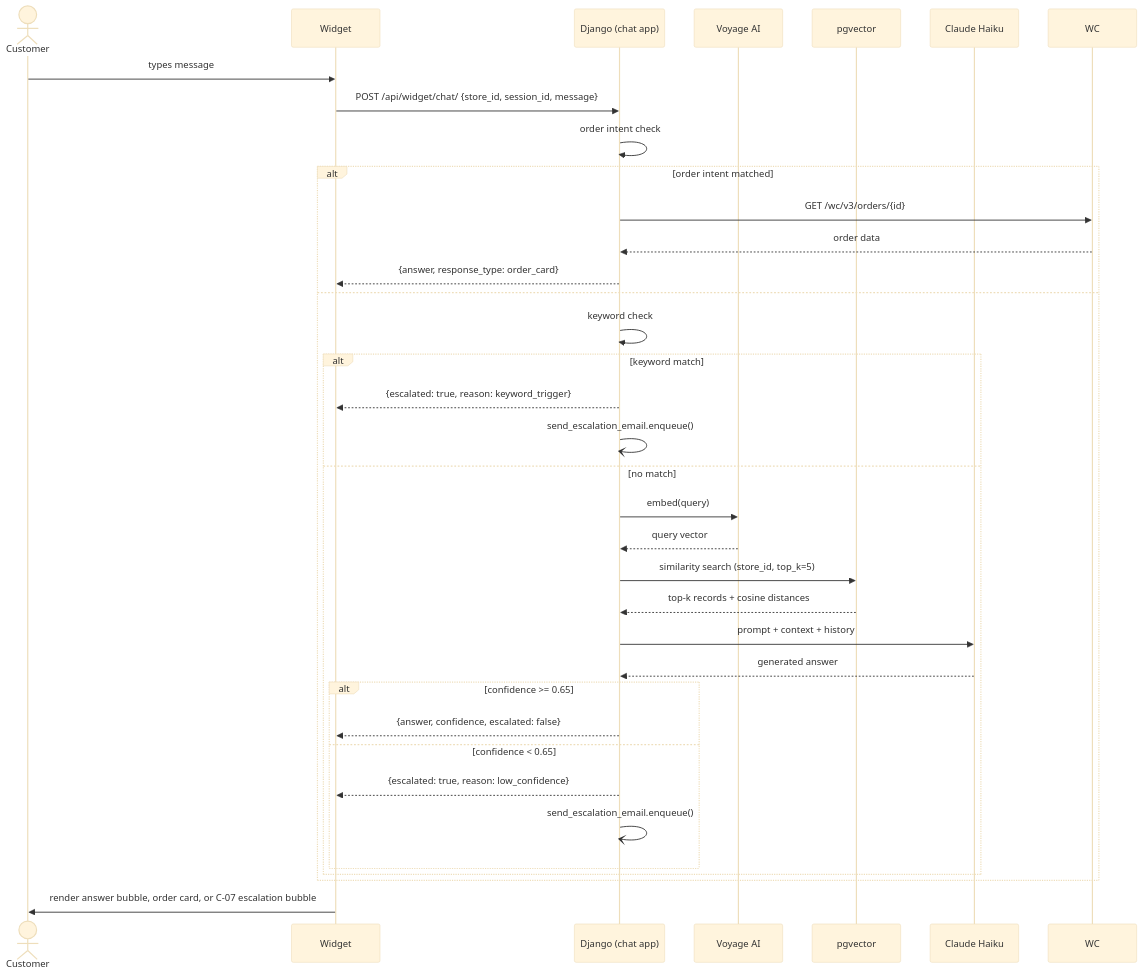
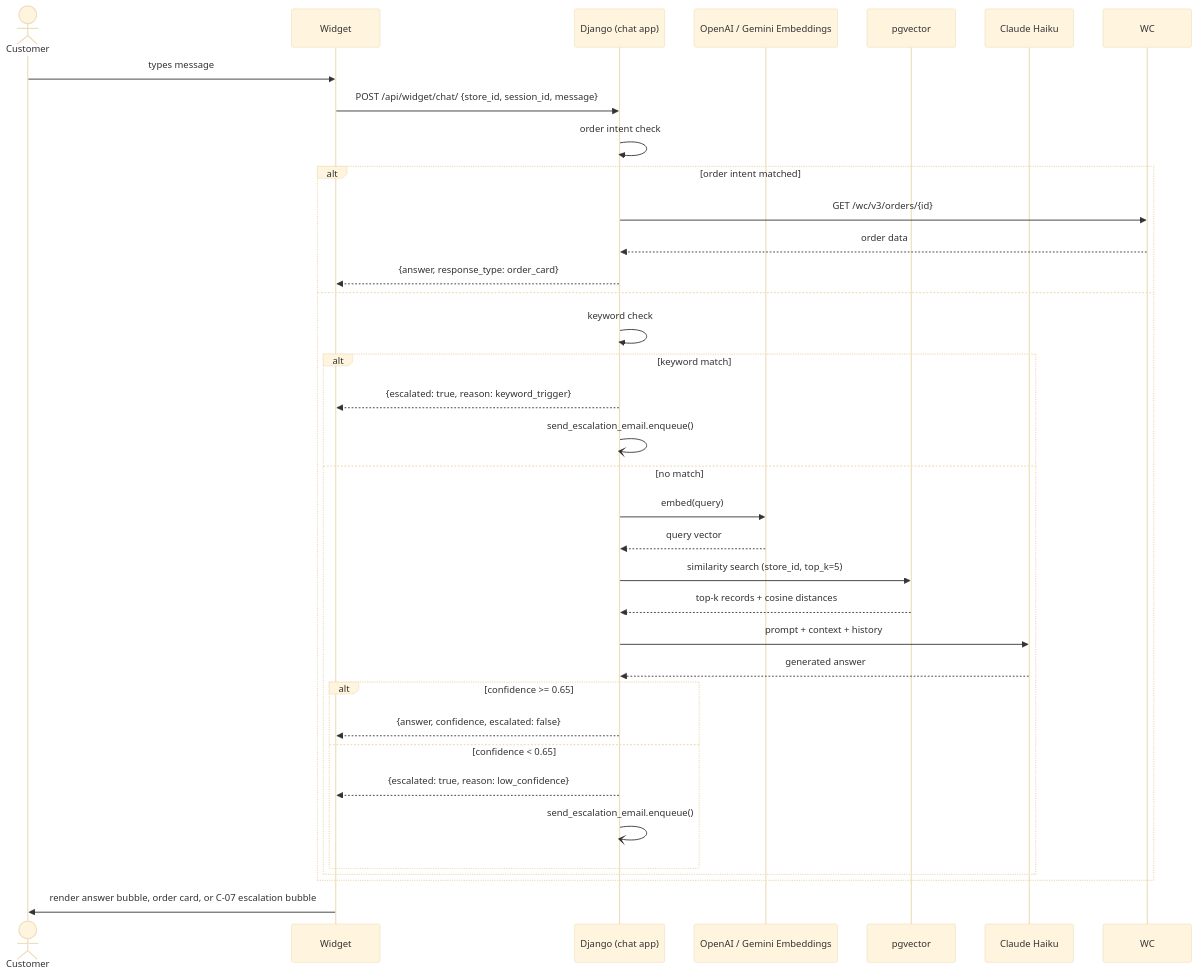
Before and after one commit to aji-pratama/woocs: the third of 6 diagrams in _docs/PRD.md, drawn with Mermaid (base theme). The commit also changed other lines of this file and 6 other files, not shown here.

````diff
--- a/_docs/PRD.md
+++ b/_docs/PRD.md
@@ -1350,41 +1350,41 @@
 ```mermaid
 sequenceDiagram
   actor Customer
   participant Widget
   participant Django as Django (chat app)
-  participant Voyage as Voyage AI
+  participant Embeddings as OpenAI / Gemini Embeddings
   participant PG as pgvector
   participant Haiku as Claude Haiku
 
   Customer->>Widget: types message
   Widget->>Django: POST /api/widget/chat/ {store_id, session_id, message}
   
   Django->>Django: order intent check
   alt order intent matched
     Django->>WC: GET /wc/v3/orders/{id}
     WC-->>Django: order data
     Django-->>Widget: {answer, response_type: order_card}
   else
     Django->>Django: keyword check
     alt keyword match
       Django-->>Widget: {escalated: true, reason: keyword_trigger}
       Django-)Django: send_escalation_email.enqueue()
     else no match
-      Django->>Voyage: embed(query)
-      Voyage-->>Django: query vector
+      Django->>Embeddings: embed(query)
+      Embeddings-->>Django: query vector
       Django->>PG: similarity search (store_id, top_k=5)
       PG-->>Django: top-k records + cosine distances
       Django->>Haiku: prompt + context + history
       Haiku-->>Django: generated answer
 
       alt confidence >= 0.65
         Django-->>Widget: {answer, confidence, escalated: false}
       else confidence < 0.65
         Django-->>Widget: {escalated: true, reason: low_confidence}
         Django-)Django: send_escalation_email.enqueue()
       end
     end
   end
 
   Widget->>Customer: render answer bubble, order card, or C-07 escalation bubble
 ```
````
